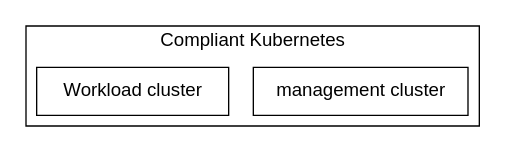
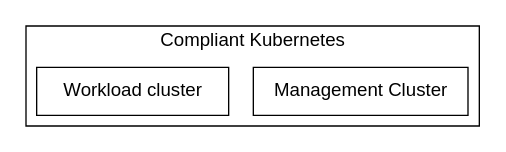
The diagram in docs/img/ck8s-c4model-level2.dot (elastisys/compliantkubernetes), drawn with Graphviz before and after one commit. The commit also changed 21 other files, not shown here.

Commit message:
docs: capitalize management cluster

```diff
--- a/docs/img/ck8s-c4model-level2.dot
+++ b/docs/img/ck8s-c4model-level2.dot
@@ -1,14 +1,14 @@
 digraph system {
   graph [fontname = "helvetica"];
   node [fontname = "helvetica"];
   edge [fontname = "helvetica"];
 
   node [shape=box, width="2pt"];
   edge [minlen="0pt", style="invis"];
 
   subgraph cluster_ck8s {
     label="Compliant Kubernetes"
 
-    "Workload cluster" -> "management cluster"
+    "Workload cluster" -> "Management Cluster"
   }
 }
```
